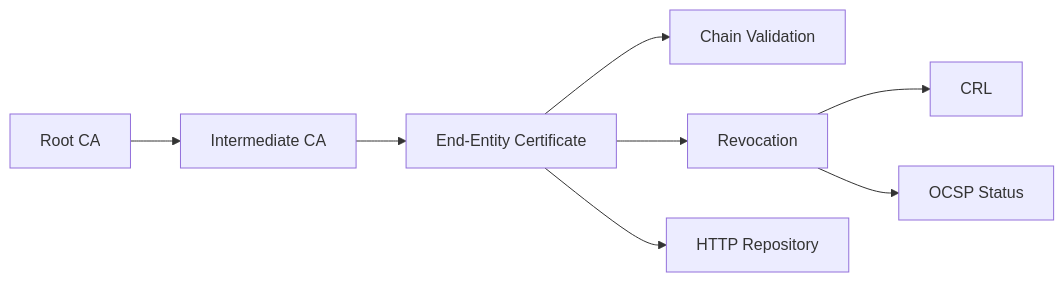
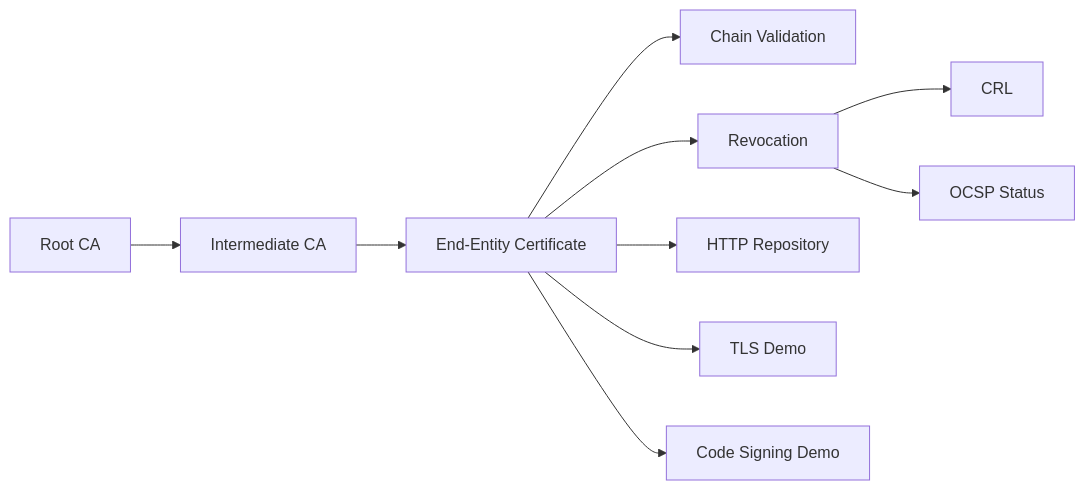
One commit to FanOfLitov/MicroPKI changed the seventh of 7 diagrams in README.md. Above: the diagram before and after it, drawn with Mermaid. The commit also changed other lines of this file and 1 other file, not shown here.

Commit message:
demo added

````diff
--- a/README.md
+++ b/README.md
@@ -418,10 +956,12 @@
 ```mermaid
 flowchart LR
     Root[Root CA] --> Intermediate[Intermediate CA]
     Intermediate --> Leaf[End-Entity Certificate]
     Leaf --> Validate[Chain Validation]
     Leaf --> Revoke[Revocation]
     Revoke --> CRL[CRL]
     Revoke --> OCSP[OCSP Status]
     Leaf --> Repo[HTTP Repository]
+    Leaf --> TLS[TLS Demo]
+    Leaf --> CS[Code Signing Demo]
 ```
````
